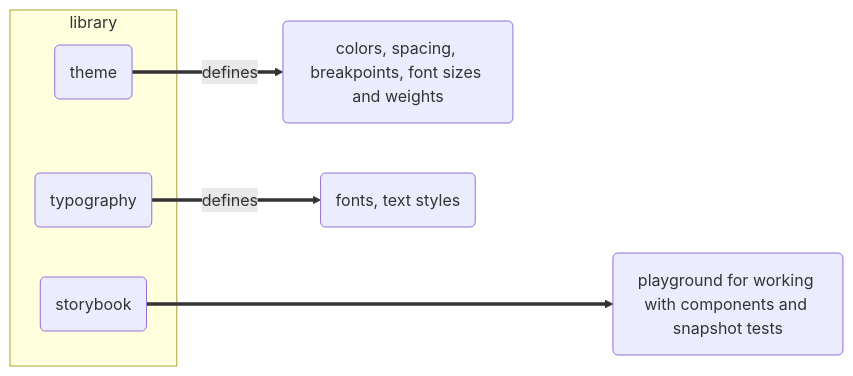
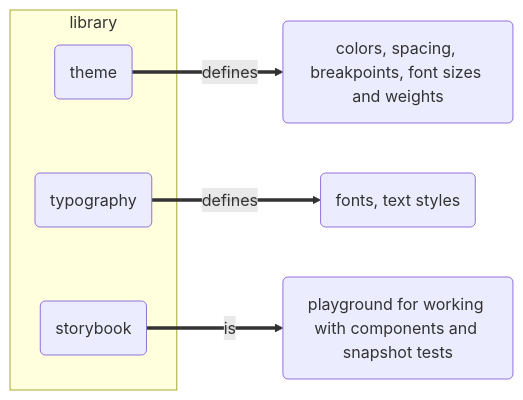
The diagram in content/design-system/_index.md (adaschevici/react-advanced), drawn with Mermaid before and after one commit. The commit also changed 1 other file, not shown here.

Commit message:
Fix mermaid in atomic design

```diff
--- a/content/design-system/_index.md
+++ b/content/design-system/_index.md
@@ -24,11 +24,11 @@
 {{<mermaid>}}
 graph LR
     subgraph library
         id1
         id3
         id5
     end
     id1(theme) ==defines==> id2(colors, spacing, breakpoints, font sizes and weights)
     id3(typography) ==defines==> id4(fonts, text styles)
-    id5(storybook) ====> id6(playground for working with components and snapshot tests)
+    id5(storybook) ==is==> id6(playground for working with components and snapshot tests)
 {{</mermaid>}}
```
